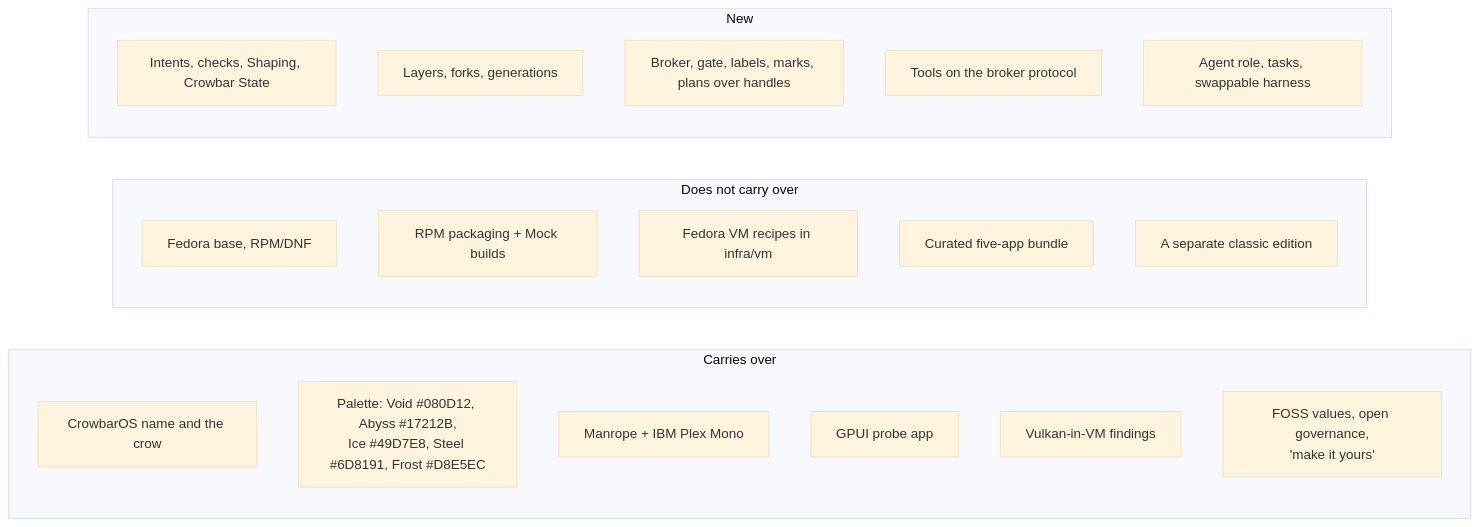
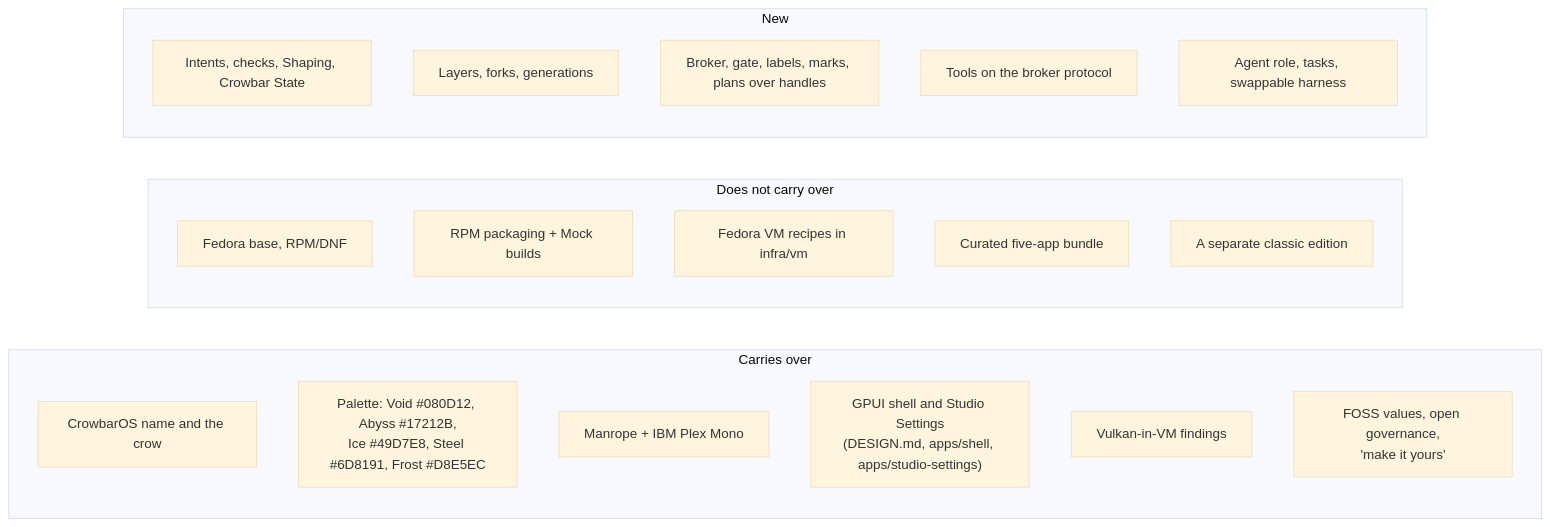
The fourth of 5 diagrams in docs/agent-first/VISION.md (crowbaros/crowbaros), drawn with Mermaid (base theme) before and after one commit. The commit also changed other lines of this file and 1 other file, not shown here.

Commit message:
Vision: carry over the GPUI shell, Studio Settings, and DESIGN.md

````diff
--- a/docs/agent-first/VISION.md
+++ b/docs/agent-first/VISION.md
@@ -592,25 +592,25 @@
 ```mermaid
 flowchart LR
     subgraph KEEP["Carries over"]
         k1[CrowbarOS name and the crow]
         k2["Palette: Void #080D12, Abyss #17212B,<br/>Ice #49D7E8, Steel #6D8191, Frost #D8E5EC"]
         k3[Manrope + IBM Plex Mono]
-        k4[GPUI probe app]
+        k4["GPUI shell and Studio Settings<br/>(DESIGN.md, apps/shell, apps/studio-settings)"]
         k5[Vulkan-in-VM findings]
         k6[FOSS values, open governance,<br/>'make it yours']
     end
     subgraph DROP["Does not carry over"]
         d1[Fedora base, RPM/DNF]
         d2[RPM packaging + Mock builds]
         d3[Fedora VM recipes in infra/vm]
         d4[Curated five-app bundle]
         d5[A separate classic edition]
     end
     subgraph NEWX["New"]
         n1[Intents, checks, Shaping, Crowbar State]
         n2[Layers, forks, generations]
         n3[Broker, gate, labels, marks, plans over handles]
         n4[Tools on the broker protocol]
         n5[Agent role, tasks, swappable harness]
     end
 ```
````
